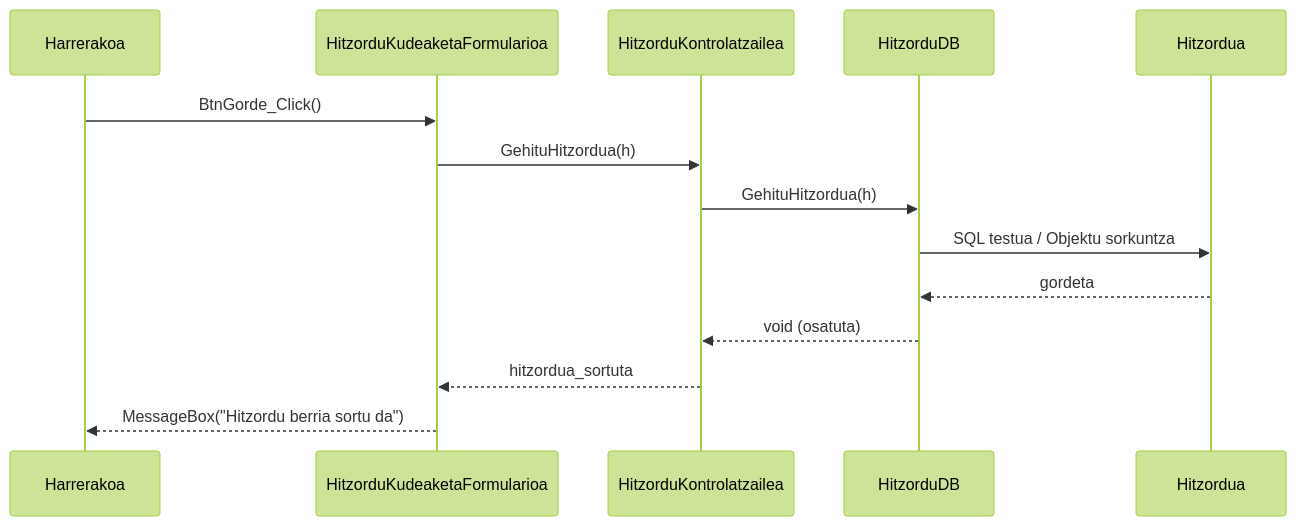
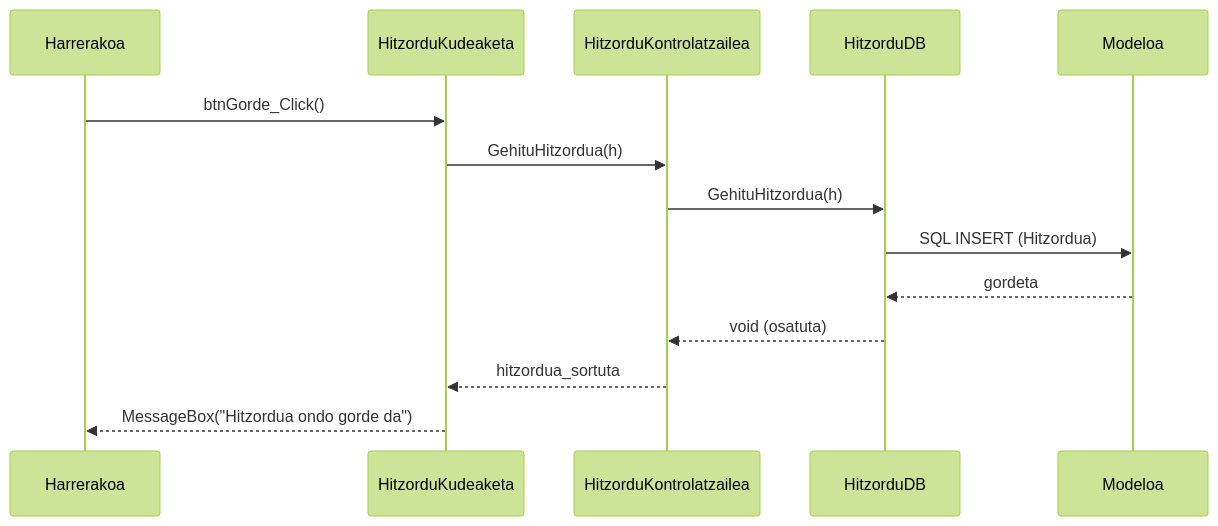
The diagram in sekuentzia_diagramak/3_hitzordua_hartu.md (AnderUrienGoierri/GOsasun_app), drawn with Mermaid (forest theme) before and after one commit. The commit also changed other lines of this file and 21 other files, not shown here.

Commit message:
Interfaze berriak (ErabiltzaileaSortu) eta Sekuentzia Diagramak eguneratu diren 3 geruzako arkitekturara

````diff
--- a/sekuentzia_diagramak/3_hitzordua_hartu.md
+++ b/sekuentzia_diagramak/3_hitzordua_hartu.md
@@ -25,18 +25,24 @@
 ```mermaid
 sequenceDiagram
     participant Ha as Harrerakoa
-    participant I as HitzorduKudeaketaFormularioa
+    participant I as HitzorduKudeaketa
     participant K as HitzorduKontrolatzailea
     participant DB as HitzorduDB
     participant KL as Hitzordua
 
-    Ha->>I: BtnGorde_Click()
+    participant Ha as Harrerakoa
+    participant I as HitzorduKudeaketa
+    participant K as HitzorduKontrolatzailea
+    participant DB as HitzorduDB
+    participant KL as Modeloa
+
+    Ha->>I: btnGorde_Click()
     I->>K: GehituHitzordua(h)
     K->>DB: GehituHitzordua(h)
     
-    DB->>KL: SQL testua / Objektu sorkuntza
+    DB->>KL: SQL INSERT (Hitzordua)
     KL-->>DB: gordeta
     DB-->>K: void (osatuta)
     K-->>I: hitzordua_sortuta
-    I-->>Ha: MessageBox("Hitzordu berria sortu da")
+    I-->>Ha: MessageBox("Hitzordua ondo gorde da")
 ```
````
